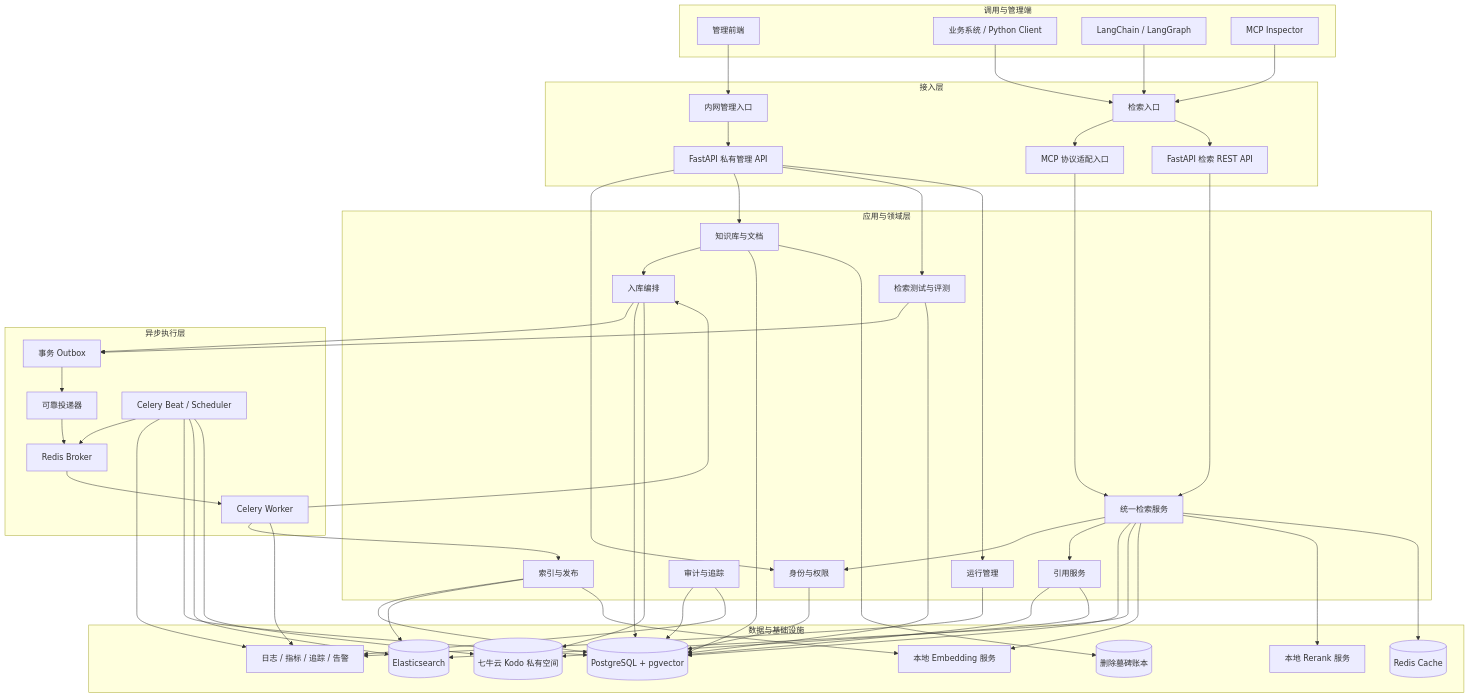
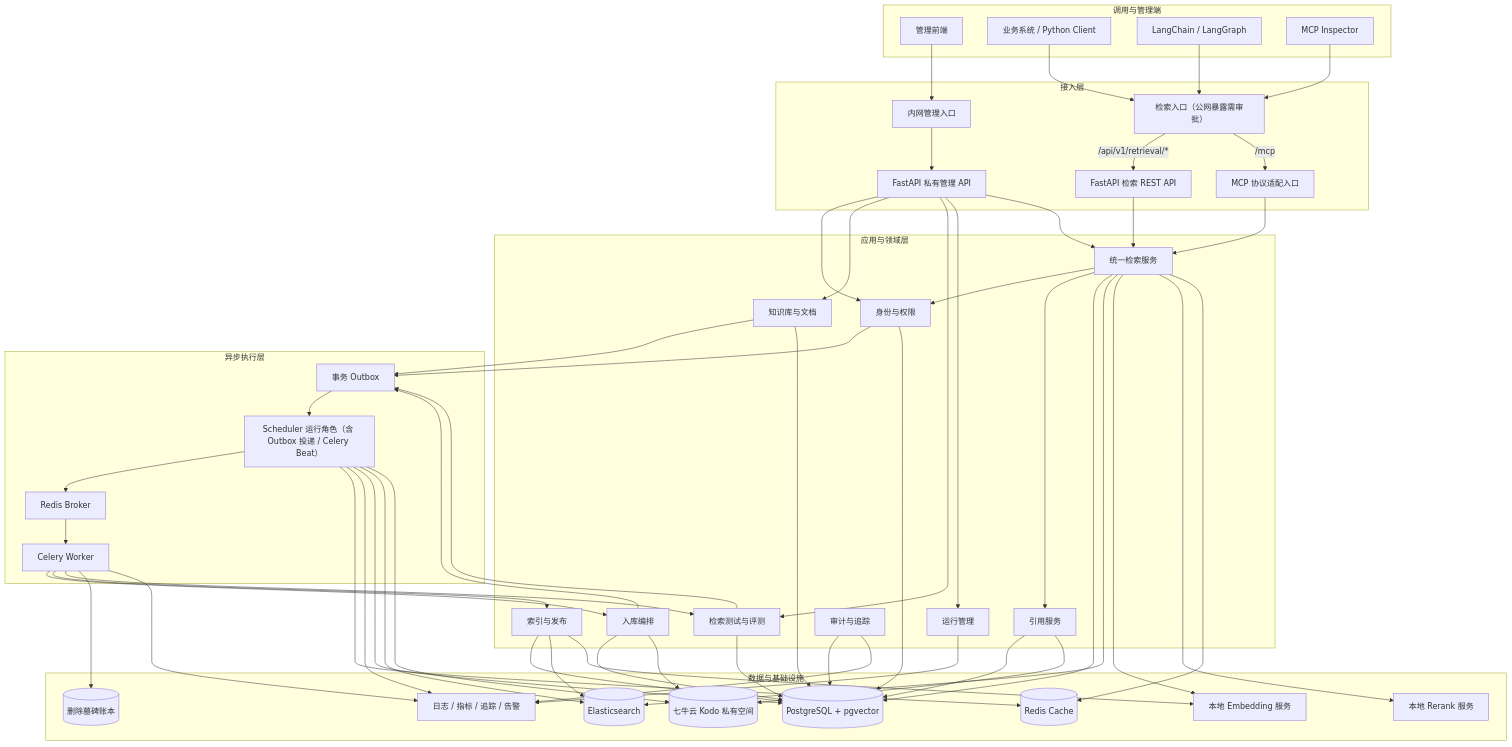
Before and after one commit to nocodig/rag_base: the first of 9 diagrams in doc/03-RAG知识库平台系统设计说明书.md, drawn with Mermaid. The commit also changed other lines of this file and 5 other files, not shown here.

```diff
--- a/doc/03-RAG知识库平台系统设计说明书.md
+++ b/doc/03-RAG知识库平台系统设计说明书.md
@@ -133,7 +141,7 @@
 
     subgraph Access[接入层]
         PrivateIngress[内网管理入口]
-        PublicIngress[检索入口]
+        RetrievalIngress[检索入口（公网暴露需审批）]
         AdminAPI[FastAPI 私有管理 API]
         RetrievalAPI[FastAPI 检索 REST API]
         MCP[MCP 协议适配入口]
@@ -153,10 +161,9 @@
 
     subgraph Async[异步执行层]
         Outbox[事务 Outbox]
-        Dispatcher[可靠投递器]
         Queue[Redis Broker]
         Worker[Celery Worker]
-        Scheduler[Celery Beat / Scheduler]
+        Scheduler[Scheduler 运行角色（含 Outbox 投递 / Celery Beat）]
     end
 
     subgraph Infra[数据与基础设施]
@@ -171,29 +178,34 @@
     end
 
     AdminUI --> PrivateIngress --> AdminAPI
-    HttpClient --> PublicIngress
-    LC --> PublicIngress
-    Inspector --> PublicIngress --> MCP
-    PublicIngress --> RetrievalAPI
+    HttpClient --> RetrievalIngress
+    LC --> RetrievalIngress
+    Inspector --> RetrievalIngress
+    RetrievalIngress -->|/api/v1/retrieval/*| RetrievalAPI
+    RetrievalIngress -->|/mcp| MCP
 
     AdminAPI --> IAM
     AdminAPI --> KB
     AdminAPI --> Eval
     AdminAPI --> Admin
+    AdminAPI --> Retrieve
     RetrievalAPI --> Retrieve
     MCP --> Retrieve
     Retrieve --> IAM
     Retrieve --> Citation
-    KB --> Ingest --> Outbox --> Dispatcher --> Queue
+    IAM --> Outbox
+    KB --> Outbox
+    Ingest --> Outbox
     Eval --> Outbox
+    Outbox --> Scheduler --> Queue
     Queue --> Worker
-    Scheduler --> Queue
     Worker --> Ingest
     Worker --> Index
+    Worker --> Eval
 
     IAM --> PG
     KB --> PG
-    KB --> Tombstone
+    Worker --> Tombstone
     Ingest --> PG
     Ingest --> Object
     Index --> PG
@@ -204,6 +216,7 @@
     Retrieve --> Embed
     Retrieve --> Rerank
     Retrieve --> Cache
+    Scheduler --> Cache
     Citation --> PG
     Citation --> Object
     Eval --> PG
```
